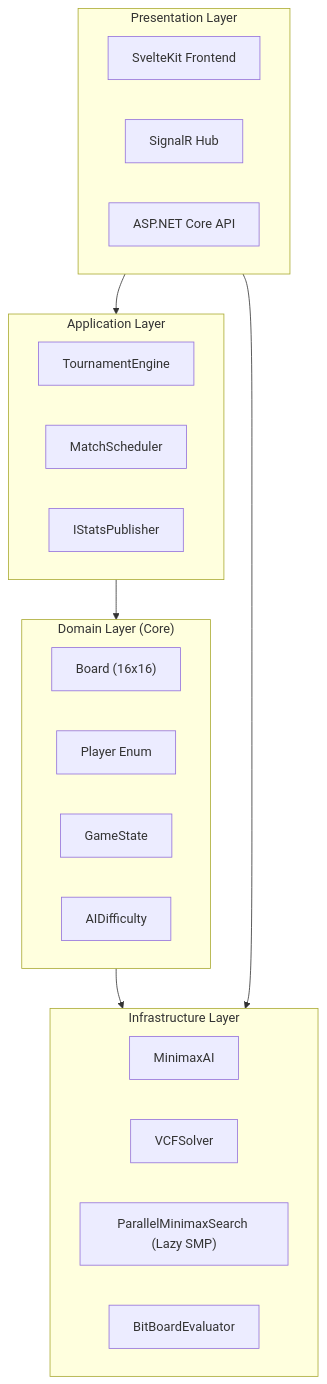
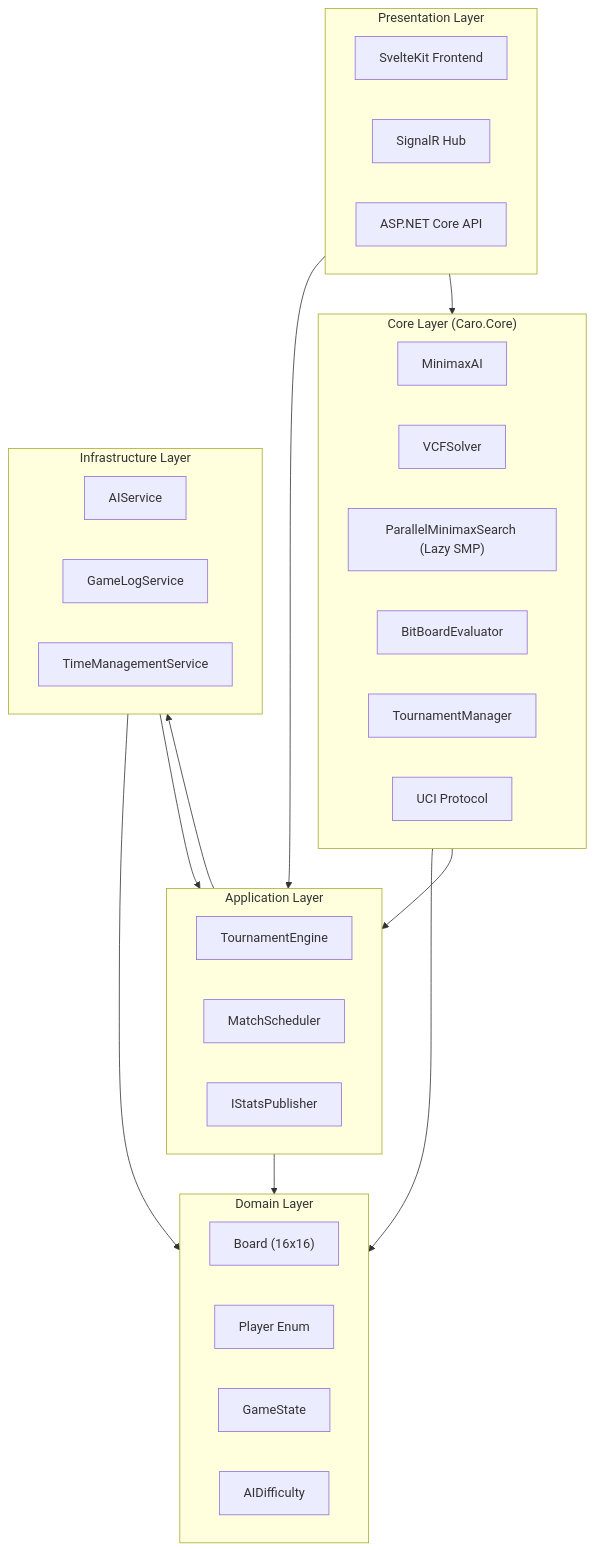
The diagram in README.md (lavantien/caro-ai-pvp), drawn with Mermaid before and after one commit. The commit also changed other lines of this file and 2 other files, not shown here.

Commit message:
docs: update architecture, fix UCI notation, add v1.78.0 changelog
ENGINE_FEATURES.md: restructure TT section (Cluster-Based vs LockFree),
fix column notation (aa-pp -> aa-dd double-letter encoding), correct
pondering difficulty to Easy+, add Helper Thread TT Write Policy.

README.md: fix architecture diagram (separate Core and Infrastructure
layers), update UCI examples to valid double-letter notation, update
pondering description, correct concurrency test count.

CHANGELOG.md: add v1.78.0 entry.

````diff
--- a/README.md
+++ b/README.md
@@ -242,33 +242,45 @@
 ```mermaid
 graph TB
     subgraph Presentation["Presentation Layer"]
         SvelteKit["SvelteKit Frontend"]
         SignalR["SignalR Hub"]
         API["ASP.NET Core API"]
     end
 
     subgraph Application["Application Layer"]
         TournamentEngine["TournamentEngine"]
         MatchScheduler["MatchScheduler"]
         StatsPublisher["IStatsPublisher"]
     end
 
-    subgraph Domain["Domain Layer (Core)"]
+    subgraph Core["Core Layer (Caro.Core)"]
+        MinimaxAI["MinimaxAI"]
+        VCFSolver["VCFSolver"]
+        ParallelSearch["ParallelMinimaxSearch (Lazy SMP)"]
+        Evaluator["BitBoardEvaluator"]
+        TournamentManager["TournamentManager"]
+        UCIProtocol["UCI Protocol"]
+    end
+
+    subgraph Domain["Domain Layer"]
         Board["Board (16x16)"]
         Player["Player Enum"]
         GameState["GameState"]
         AIDifficulty["AIDifficulty"]
     end
 
     subgraph Infrastructure["Infrastructure Layer"]
-        MinimaxAI["MinimaxAI"]
-        VCFSolver["VCFSolver"]
-        ParallelSearch["ParallelMinimaxSearch (Lazy SMP)"]
-        Evaluator["BitBoardEvaluator"]
+        AIService["AIService"]
+        GameLogService["GameLogService"]
+        TimeManagementService["TimeManagementService"]
     end
 
     Presentation --> Application
     Application --> Domain
-    Domain --> Infrastructure
-    Presentation --> Infrastructure
+    Presentation --> Core
+    Core --> Domain
+    Core --> Application
+    Application --> Infrastructure
+    Infrastructure --> Domain
+    Infrastructure --> Application
 ```
````
